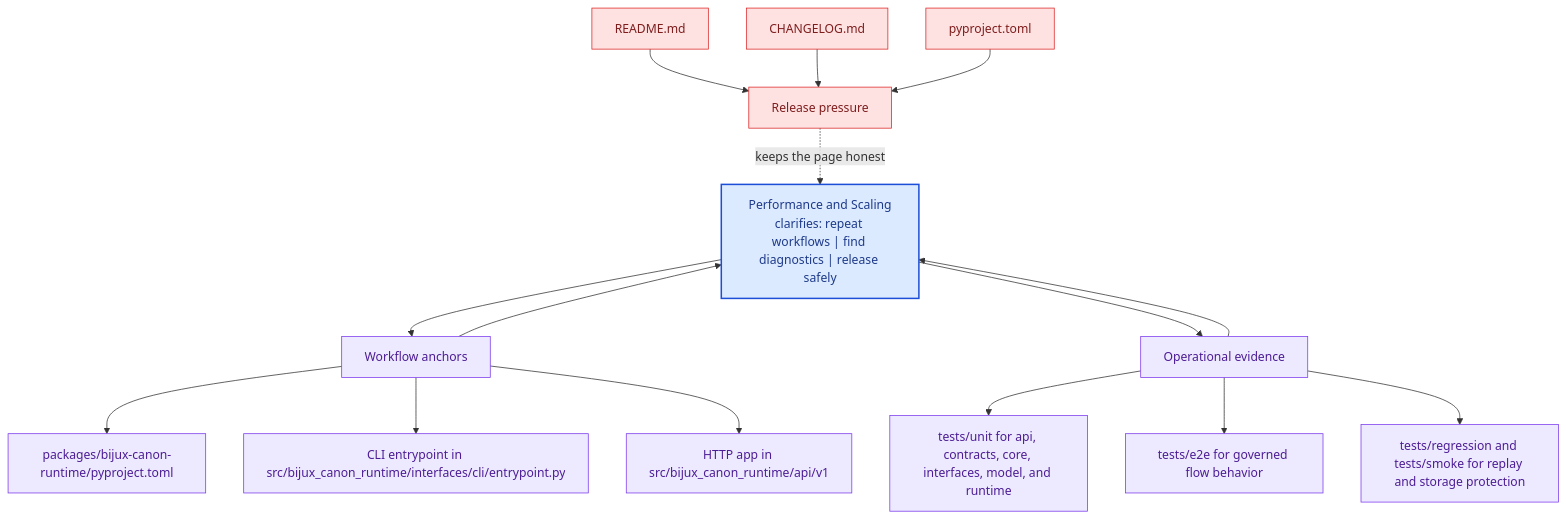
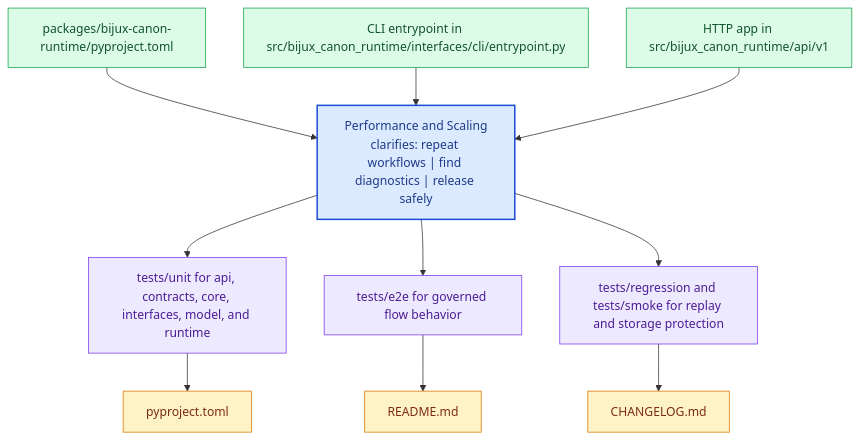
One commit to bijux/bijux-canon changed the diagram in docs/bijux-canon-runtime/operations/performance-and-scaling.md. Above: the diagram before and after it, drawn with Mermaid. The commit also changed other lines of this file and 281 other files, not shown here.

Commit message:
docs(diagrams): replace repeated mermaid scaffolds with page-specific summaries

````diff
--- a/docs/bijux-canon-runtime/operations/performance-and-scaling.md
+++ b/docs/bijux-canon-runtime/operations/performance-and-scaling.md
@@ -67,41 +22,31 @@
 ```mermaid
 flowchart TB
-    promise["Performance and Scaling<br/>clarifies: repeat workflows | find diagnostics | release safely"]
-    classDef promise fill:#dbeafe,stroke:#1d4ed8,color:#1e3a8a,stroke-width:2px;
-    classDef driver fill:#dcfce7,stroke:#16a34a,color:#14532d;
-    classDef constraint fill:#fee2e2,stroke:#dc2626,color:#7f1d1d;
-    classDef ground fill:#ede9fe,stroke:#7c3aed,color:#4c1d95;
-    focus1["Workflow anchors"]
-    focus1 --> promise
-    promise --> focus1
-    focus1_1["packages/bijux-canon-runtime/pyproject.toml"]
-    focus1 --> focus1_1
-    focus1_2["CLI entrypoint in src/bijux_canon_runtime/interfaces/cli/entrypoint.py"]
-    focus1 --> focus1_2
-    focus1_3["HTTP app in src/bijux_canon_runtime/api/v1"]
-    focus1 --> focus1_3
-    class focus1 ground;
-    class focus1_1,focus1_2,focus1_3 ground;
-    focus2["Operational evidence"]
-    focus2 --> promise
-    promise --> focus2
-    focus2_1["tests/unit for api, contracts, core, interfaces, model, and runtime"]
-    focus2 --> focus2_1
-    focus2_2["tests/e2e for governed flow behavior"]
-    focus2 --> focus2_2
-    focus2_3["tests/regression and tests/smoke for replay and storage protection"]
-    focus2 --> focus2_3
-    class focus2 ground;
-    class focus2_1,focus2_2,focus2_3 ground;
-    focus3["Release pressure"]
-    focus3 -.keeps the page honest.-> promise
-    focus3_1["README.md"]
-    focus3_1 --> focus3
-    focus3_2["CHANGELOG.md"]
-    focus3_2 --> focus3
-    focus3_3["pyproject.toml"]
-    focus3_3 --> focus3
-    class focus3 constraint;
-    class focus3_1,focus3_2,focus3_3 constraint;
-    class promise promise;
+    page["Performance and Scaling<br/>clarifies: repeat workflows | find diagnostics | release safely"]
+    classDef page fill:#dbeafe,stroke:#1d4ed8,color:#1e3a8a,stroke-width:2px;
+    classDef positive fill:#dcfce7,stroke:#16a34a,color:#14532d;
+    classDef caution fill:#fee2e2,stroke:#dc2626,color:#7f1d1d;
+    classDef anchor fill:#ede9fe,stroke:#7c3aed,color:#4c1d95;
+    classDef action fill:#fef3c7,stroke:#d97706,color:#7c2d12;
+    step1["packages/bijux-canon-runtime/pyproject.toml"]
+    step1 --> page
+    step2["CLI entrypoint in src/bijux_canon_runtime/interfaces/cli/entrypoint.py"]
+    step2 --> page
+    step3["HTTP app in src/bijux_canon_runtime/api/v1"]
+    step3 --> page
+    run1["tests/unit for api, contracts, core, interfaces, model, and runtime"]
+    page --> run1
+    run2["tests/e2e for governed flow behavior"]
+    page --> run2
+    run3["tests/regression and tests/smoke for replay and storage protection"]
+    page --> run3
+    release1["pyproject.toml"]
+    run1 --> release1
+    release2["README.md"]
+    run2 --> release2
+    release3["CHANGELOG.md"]
+    run3 --> release3
+    class page page;
+    class step1,step2,step3 positive;
+    class run1,run2,run3 anchor;
+    class release1,release2,release3 action;
 ```
````
